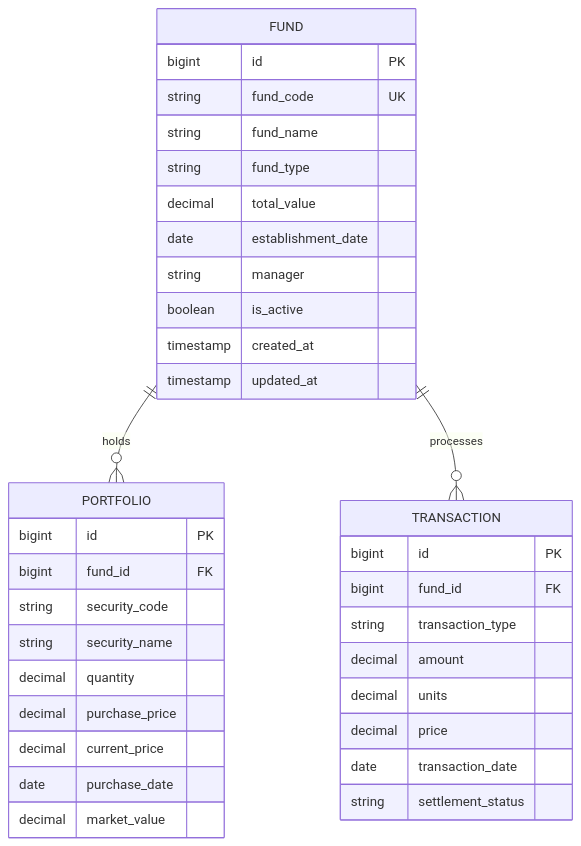
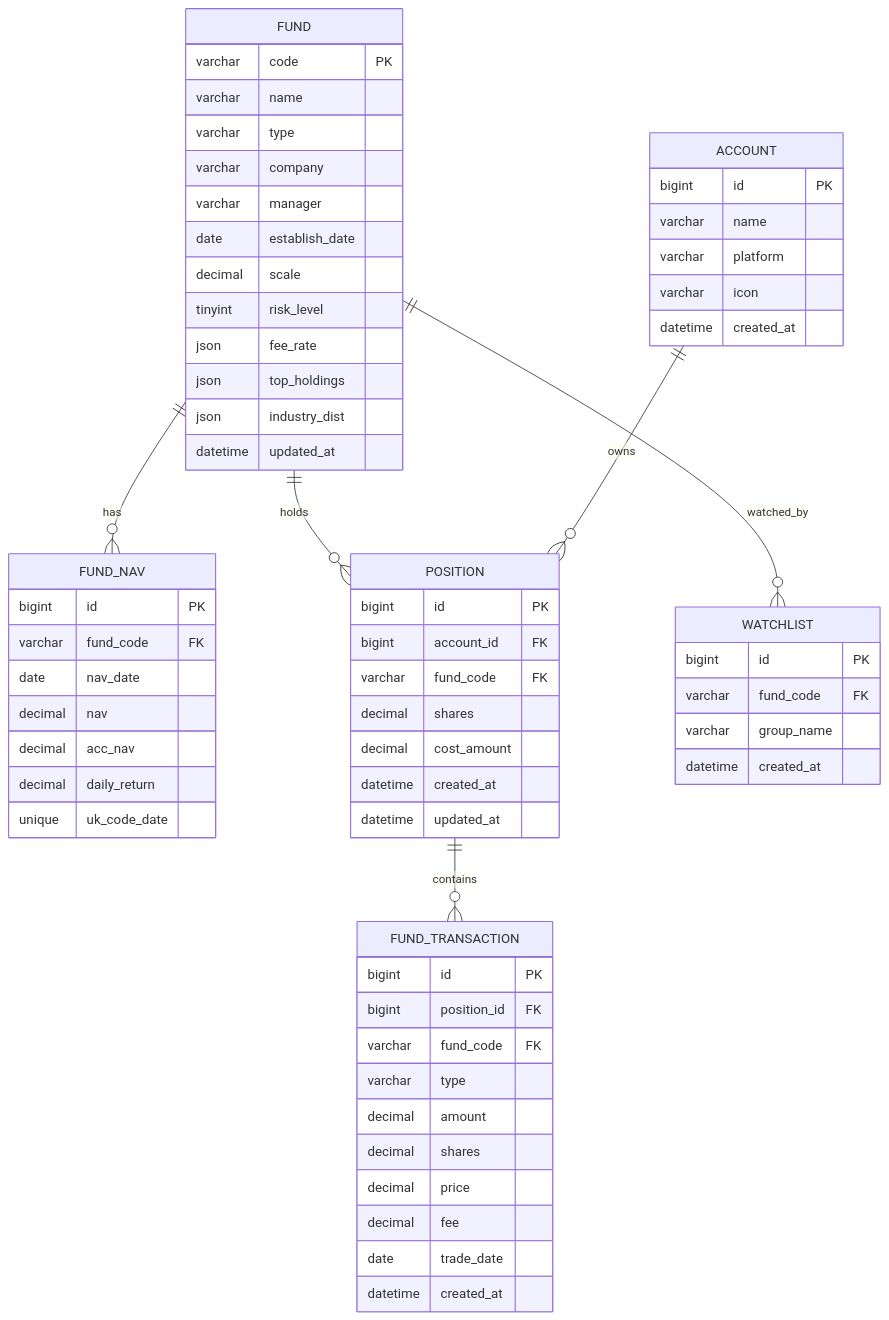
One commit to gree-coder/fund-butler changed the fourth of 9 diagrams in .qoder/repowiki/zh/content/核心功能开发/数据库集成.md. Above: the diagram before and after it, drawn with Mermaid. The commit also changed other lines of this file and 10 other files, not shown here.

````diff
--- a/.qoder/repowiki/zh/content/核心功能开发/数据库集成.md
+++ b/.qoder/repowiki/zh/content/核心功能开发/数据库集成.md
@@ -146,38 +170,65 @@
 ```mermaid
 erDiagram
 FUND {
+varchar code PK
+varchar name
+varchar type
+varchar company
+varchar manager
+date establish_date
+decimal scale
+tinyint risk_level
+json fee_rate
+json top_holdings
+json industry_dist
+datetime updated_at
+}
+FUND_NAV {
 bigint id PK
-string fund_code UK
-string fund_name
-string fund_type
-decimal total_value
-date establishment_date
-string manager
-boolean is_active
-timestamp created_at
-timestamp updated_at
+varchar fund_code FK
+date nav_date
+decimal nav
+decimal acc_nav
+decimal daily_return
+unique uk_code_date
 }
-PORTFOLIO {
+ACCOUNT {
 bigint id PK
-bigint fund_id FK
-string security_code
-string security_name
-decimal quantity
-decimal purchase_price
-decimal current_price
-date purchase_date
-decimal market_value
+varchar name
+varchar platform
+varchar icon
+datetime created_at
 }
-TRANSACTION {
+POSITION {
 bigint id PK
-bigint fund_id FK
-string transaction_type
+bigint account_id FK
+varchar fund_code FK
+decimal shares
+decimal cost_amount
+datetime created_at
+datetime updated_at
+}
+FUND_TRANSACTION {
+bigint id PK
+bigint position_id FK
+varchar fund_code FK
+varchar type
 decimal amount
-decimal units
+decimal shares
 decimal price
-date transaction_date
-string settlement_status
+decimal fee
+date trade_date
+datetime created_at
 }
-FUND ||--o{ PORTFOLIO : holds
-FUND ||--o{ TRANSACTION : processes
+WATCHLIST {
+bigint id PK
+varchar fund_code FK
+varchar group_name
+datetime created_at
+}
+FUND ||--o{ FUND_NAV : has
+FUND ||--o{ POSITION : holds
+ACCOUNT ||--o{ POSITION : owns
+POSITION ||--o{ FUND_TRANSACTION : contains
+FUND ||--o{ WATCHLIST : watched_by
 ```
````
